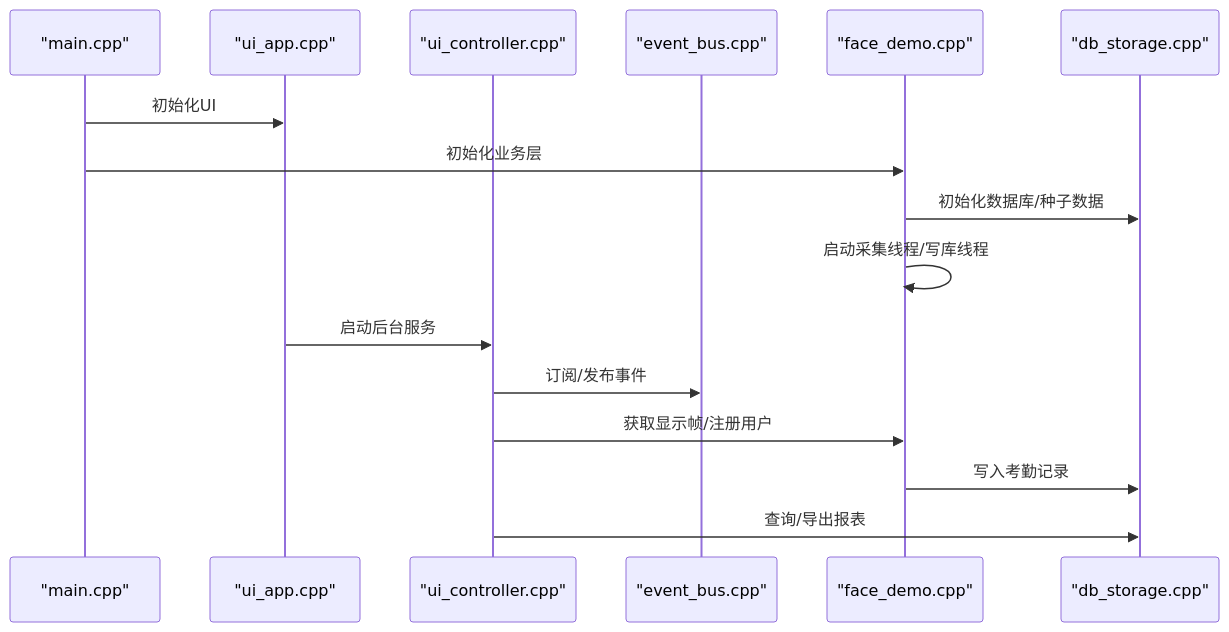
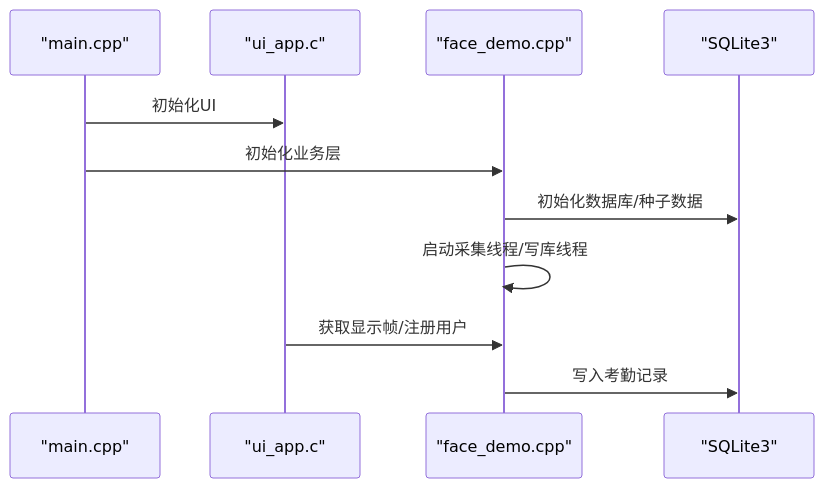
One commit to Drunk552/SmartAttendance changed the second of 4 diagrams in .qoder/repowiki/zh/content/功能模块详解.md. Above: the diagram before and after it, drawn with Mermaid. The commit also changed other lines of this file and 26 other files, not shown here.

````diff
--- a/.qoder/repowiki/zh/content/功能模块详解.md
+++ b/.qoder/repowiki/zh/content/功能模块详解.md
@@ -112,18 +72,13 @@
 ```mermaid
 sequenceDiagram
 participant Main as "main.cpp"
-participant UI as "ui_app.cpp"
-participant Ctrl as "ui_controller.cpp"
-participant Bus as "event_bus.cpp"
+participant UI as "ui_app.c"
 participant Biz as "face_demo.cpp"
-participant DB as "db_storage.cpp"
+participant DB as "SQLite3"
 Main->>UI : 初始化UI
 Main->>Biz : 初始化业务层
 Biz->>DB : 初始化数据库/种子数据
 Biz->>Biz : 启动采集线程/写库线程
-UI->>Ctrl : 启动后台服务
-Ctrl->>Bus : 订阅/发布事件
-Ctrl->>Biz : 获取显示帧/注册用户
+UI->>Biz : 获取显示帧/注册用户
 Biz->>DB : 写入考勤记录
-Ctrl->>DB : 查询/导出报表
 ```
````
